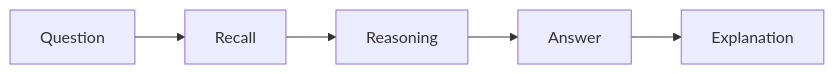
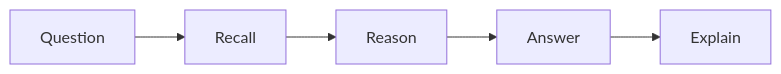
Before and after one commit to Icon1cc/Machine-Learning: the diagram in quizzes/01-ml-fundamentals-quiz.md, drawn with Mermaid. The commit also changed other lines of this file and 330 other files, not shown here.

````diff
--- a/quizzes/01-ml-fundamentals-quiz.md
+++ b/quizzes/01-ml-fundamentals-quiz.md
@@ -81,7 +81,7 @@
 ```mermaid
 flowchart LR
     A[Question] --> B[Recall]
-    B --> C[Reasoning]
+    B --> C[Reason]
     C --> D[Answer]
-    D --> E[Explanation]
+    D --> E[Explain]
 ```
````
